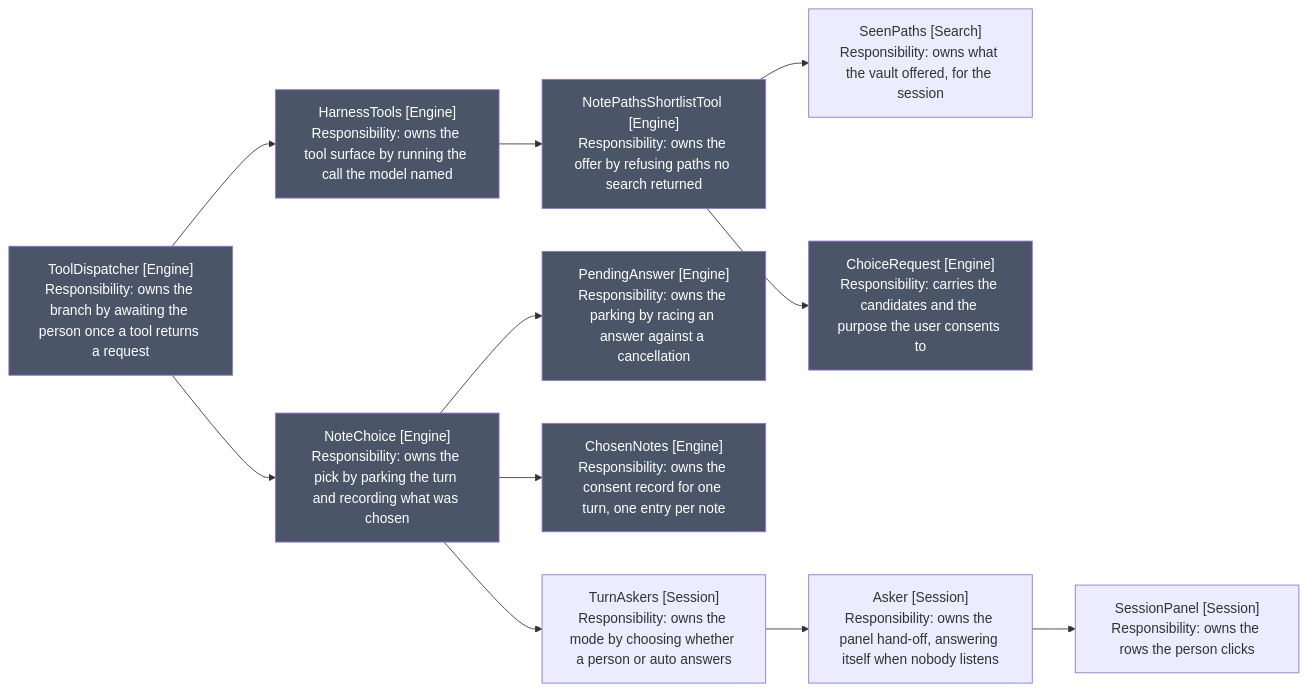
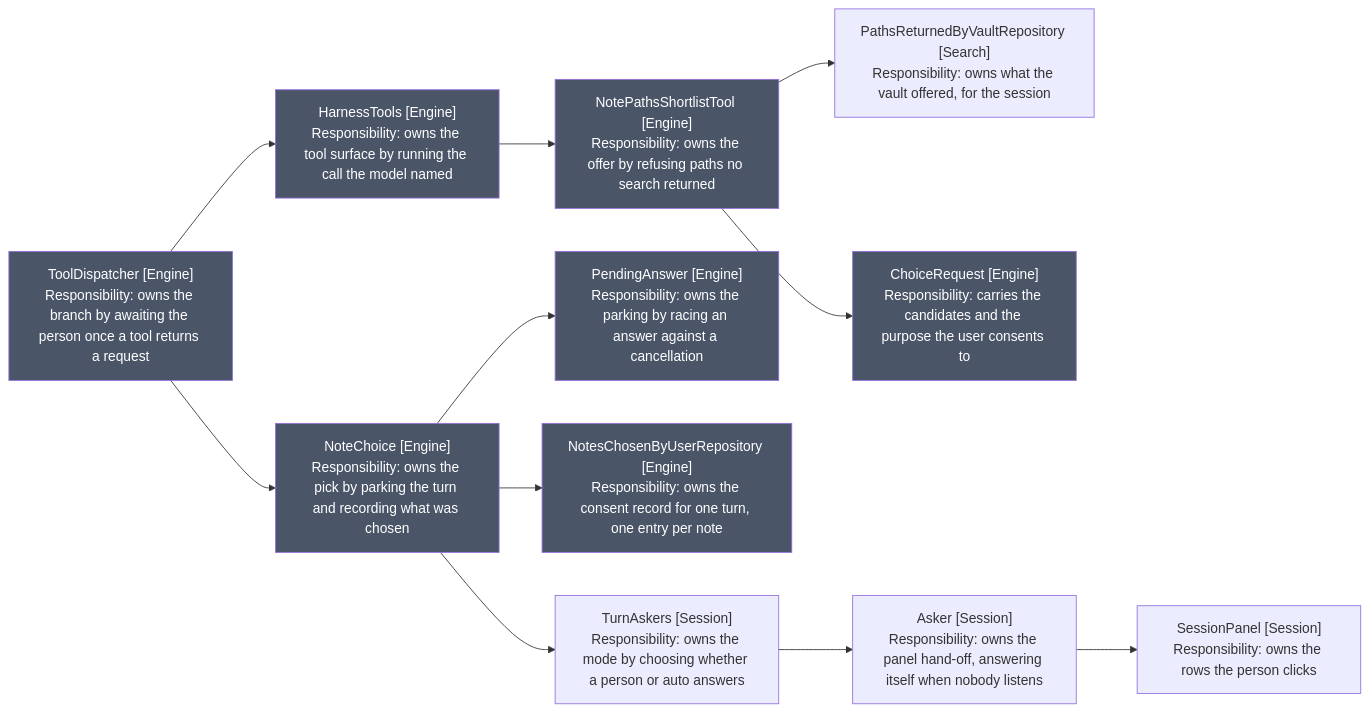
The first of 2 diagrams in docs/spec/15-architecture-cleanup/4-choice-subsystem.md (iparips/obsidian-owl), drawn with Mermaid before and after one commit. The commit also changed other lines of this file and 36 other files, not shown here.

````diff
--- a/docs/spec/15-architecture-cleanup/4-choice-subsystem.md
+++ b/docs/spec/15-architecture-cleanup/4-choice-subsystem.md
@@ -12,28 +12,28 @@
 ```mermaid
 flowchart LR
     ShortlistTool["NotePathsShortlistTool [Engine]<br/>Responsibility: owns the offer by refusing paths no search returned"]
     HarnessTools["HarnessTools [Engine]<br/>Responsibility: owns the tool surface by running the call the model named"]
     ToolDispatcher["ToolDispatcher [Engine]<br/>Responsibility: owns the branch by awaiting the person once a tool returns a request"]
     NoteChoice["NoteChoice [Engine]<br/>Responsibility: owns the pick by parking the turn and recording what was chosen"]
     PendingAnswer["PendingAnswer [Engine]<br/>Responsibility: owns the parking by racing an answer against a cancellation"]
-    ChosenNotes["ChosenNotes [Engine]<br/>Responsibility: owns the consent record for one turn, one entry per note"]
+    NotesChosenByUserRepository["NotesChosenByUserRepository [Engine]<br/>Responsibility: owns the consent record for one turn, one entry per note"]
     ChoiceRequest["ChoiceRequest [Engine]<br/>Responsibility: carries the candidates and the purpose the user consents to"]
     TurnAskers["TurnAskers [Session]<br/>Responsibility: owns the mode by choosing whether a person or auto answers"]
     Asker["Asker [Session]<br/>Responsibility: owns the panel hand-off, answering itself when nobody listens"]
     SessionPanel["SessionPanel [Session]<br/>Responsibility: owns the rows the person clicks"]
-    SeenPaths["SeenPaths [Search]<br/>Responsibility: owns what the vault offered, for the session"]
+    PathsReturnedByVaultRepository["PathsReturnedByVaultRepository [Search]<br/>Responsibility: owns what the vault offered, for the session"]
 
-    ShortlistTool --> SeenPaths
+    ShortlistTool --> PathsReturnedByVaultRepository
     ShortlistTool --> ChoiceRequest
     ToolDispatcher --> HarnessTools
     HarnessTools --> ShortlistTool
     ToolDispatcher --> NoteChoice
     NoteChoice --> PendingAnswer
-    NoteChoice --> ChosenNotes
+    NoteChoice --> NotesChosenByUserRepository
     NoteChoice --> TurnAskers
     TurnAskers --> Asker
     Asker --> SessionPanel
 
     classDef engine fill:#4a5568,color:#fff
-    class ShortlistTool,HarnessTools,ToolDispatcher,NoteChoice,PendingAnswer,ChosenNotes,ChoiceRequest engine
+    class ShortlistTool,HarnessTools,ToolDispatcher,NoteChoice,PendingAnswer,NotesChosenByUserRepository,ChoiceRequest engine
 ```
````
